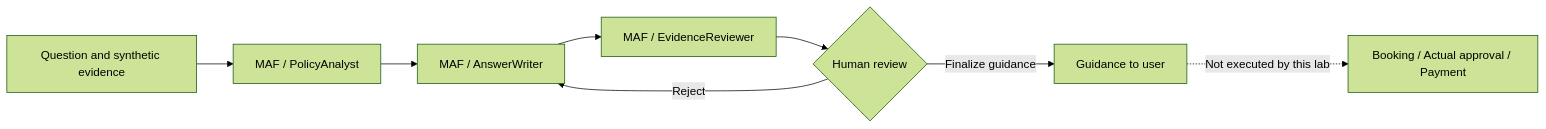
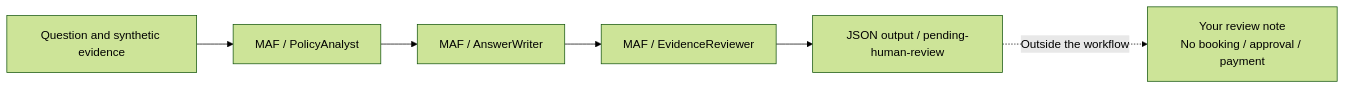
One commit to junwoojeong100/microsoft-foundry-v2-labs changed the diagram in docs/labs/05-workflows.md. Above: the diagram before and after it, drawn with Mermaid (forest theme). The commit also changed other lines of this file and 37 other files, not shown here.

````diff
--- a/docs/labs/05-workflows.md
+++ b/docs/labs/05-workflows.md
@@ -40,10 +40,8 @@
 ```mermaid
 flowchart LR
     Q["Question and synthetic evidence"] --> A["MAF / PolicyAnalyst"]
     A --> W["MAF / AnswerWriter"]
     W --> R["MAF / EvidenceReviewer"]
-    R --> H{"Human review"}
-    H -->|Reject| W
-    H -->|Finalize guidance| D["Guidance to user"]
-    D -. "Not executed by this lab" .-> X["Booking / Actual approval / Payment"]
+    R --> O["JSON output / pending-human-review"]
+    O -. "Outside the workflow" .-> H["Your review note\nNo booking / approval / payment"]
 ```
````
